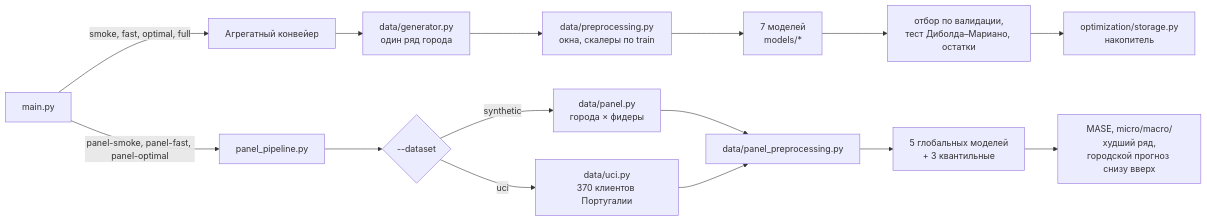
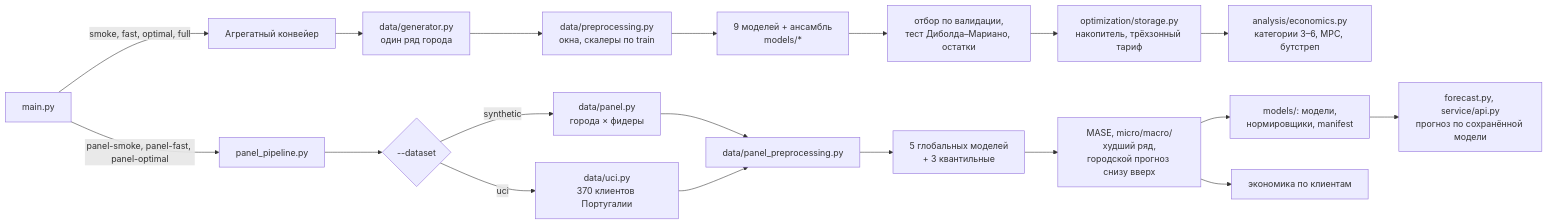
Before and after one commit to BRIGHTSIDEq/smartgrid: the diagram in docs/ARCHITECTURE.md, drawn with Mermaid. The commit also changed other lines of this file and 61 other files, not shown here.

````diff
--- a/docs/ARCHITECTURE.md
+++ b/docs/ARCHITECTURE.md
@@ -6,19 +6,24 @@
 ```mermaid
 flowchart LR
   CLI[main.py] -->|smoke, fast, optimal, full| A[Агрегатный конвейер]
   CLI -->|panel-smoke, panel-fast, panel-optimal| P[panel_pipeline.py]
 
   A --> G1[data/generator.py<br/>один ряд города]
   G1 --> PR1[data/preprocessing.py<br/>окна, скалеры по train]
-  PR1 --> M1[7 моделей<br/>models/*]
+  PR1 --> M1[9 моделей + ансамбль<br/>models/*]
   M1 --> E1[отбор по валидации,<br/>тест Диболда–Мариано, остатки]
-  E1 --> S[optimization/storage.py<br/>накопитель]
+  E1 --> S[optimization/storage.py<br/>накопитель, трёхзонный тариф]
+  S --> RU[analysis/economics.py<br/>категории 3–6, MPC, бутстреп]
 
   P --> SRC{--dataset}
   SRC -->|synthetic| G2[data/panel.py<br/>города × фидеры]
   SRC -->|uci| U[data/uci.py<br/>370 клиентов Португалии]
   G2 --> PR2[data/panel_preprocessing.py]
   U --> PR2
   PR2 --> M2[5 глобальных моделей<br/>+ 3 квантильные]
   M2 --> E2[MASE, micro/macro/худший ряд,<br/>городской прогноз снизу вверх]
+  E2 --> SAVE[models/: модели,<br/>нормировщики, manifest]
+  E2 --> ECO2[экономика по клиентам]
+
+  SAVE --> INF[forecast.py, service/api.py<br/>прогноз по сохранённой модели]
 ```
````
